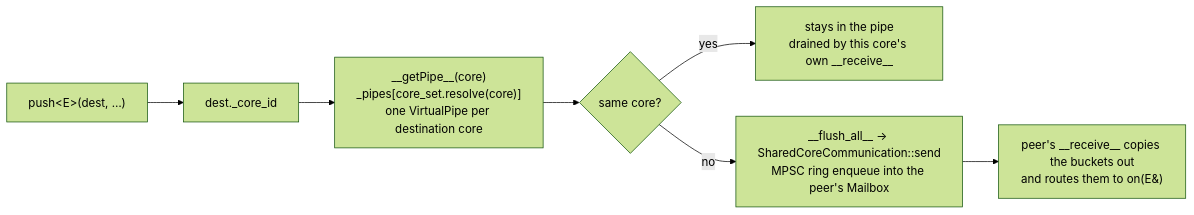
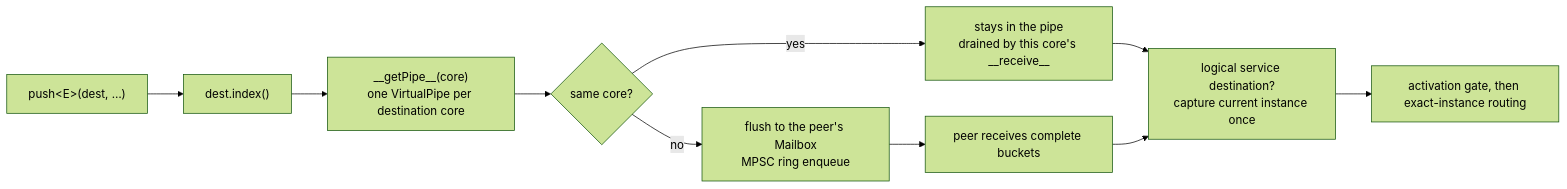
One commit to isndev/qb changed the diagram in readme/4_qb_core/messaging.md. Above: the diagram before and after it, drawn with Mermaid (forest theme). The commit also changed other lines of this file and 105 other files, not shown here.

````diff
--- a/readme/4_qb_core/messaging.md
+++ b/readme/4_qb_core/messaging.md
@@ -22,9 +17,12 @@
 ```mermaid
 flowchart LR
-    A["push&lt;E&gt;(dest, …)"] --> B["dest._core_id"]
-    B --> C["__getPipe__(core)<br/>_pipes[core_set.resolve(core)]<br/>one VirtualPipe per destination core"]
+    A["push&lt;E&gt;(dest, …)"] --> B["dest.index()"]
+    B --> C["__getPipe__(core)<br/>one VirtualPipe per destination core"]
     C --> D{"same core?"}
-    D -->|yes| E["stays in the pipe<br/>drained by this core's own __receive__"]
-    D -->|no| F["__flush_all__ → SharedCoreCommunication::send<br/>MPSC ring enqueue into the peer's Mailbox"]
-    F --> G["peer's __receive__ copies the buckets out<br/>and routes them to on(E&amp;)"]
+    D -->|yes| E["stays in the pipe<br/>drained by this core's __receive__"]
+    D -->|no| F["flush to the peer's Mailbox<br/>MPSC ring enqueue"]
+    F --> G["peer receives complete buckets"]
+    E --> H["logical service destination?<br/>capture current instance once"]
+    G --> H
+    H --> I["activation gate, then exact-instance routing"]
 ```
````
